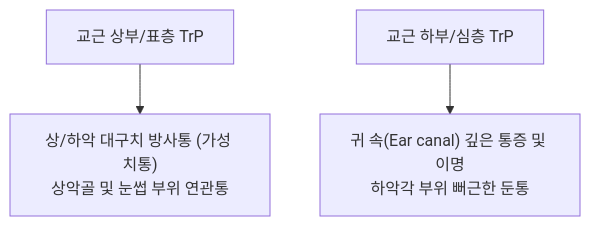
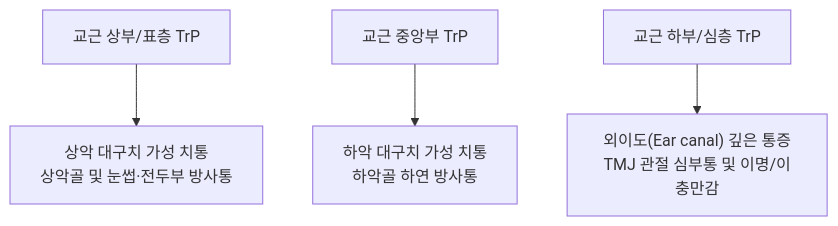
The second of 2 diagrams in content/1. 근골격계 공부/근육/(1) 안면부/교근.md (simbio11/simbio-digital-garden2), drawn with Mermaid before and after one commit. The commit also changed other lines of this file and 875 other files, not shown here.

````diff
--- a/content/1. 근골격계 공부/근육/(1) 안면부/교근.md
+++ b/content/1. 근골격계 공부/근육/(1) 안면부/교근.md
@@ -61,5 +75,6 @@
 ```mermaid
 graph TD
-    TP1["교근 상부/표층 TrP"] --> Zone1["상/하악 대구치 방사통 (가성 치통)<br>상악골 및 눈썹 부위 연관통"]
-    TP2["교근 하부/심층 TrP"] --> Zone2["귀 속(Ear canal) 깊은 통증 및 이명<br>하악각 부위 뻐근한 둔통"]
+    TP1["교근 상부/표층 TrP"] --> Zone1["상악 대구치 가성 치통<br>상악골 및 눈썹·전두부 방사통"]
+    TP2["교근 중앙부 TrP"] --> Zone2["하악 대구치 가성 치통<br>하악골 하연 방사통"]
+    TP3["교근 하부/심층 TrP"] --> Zone3["외이도(Ear canal) 깊은 통증<br>TMJ 관절 심부통 및 이명/이충만감"]
 ```
````
